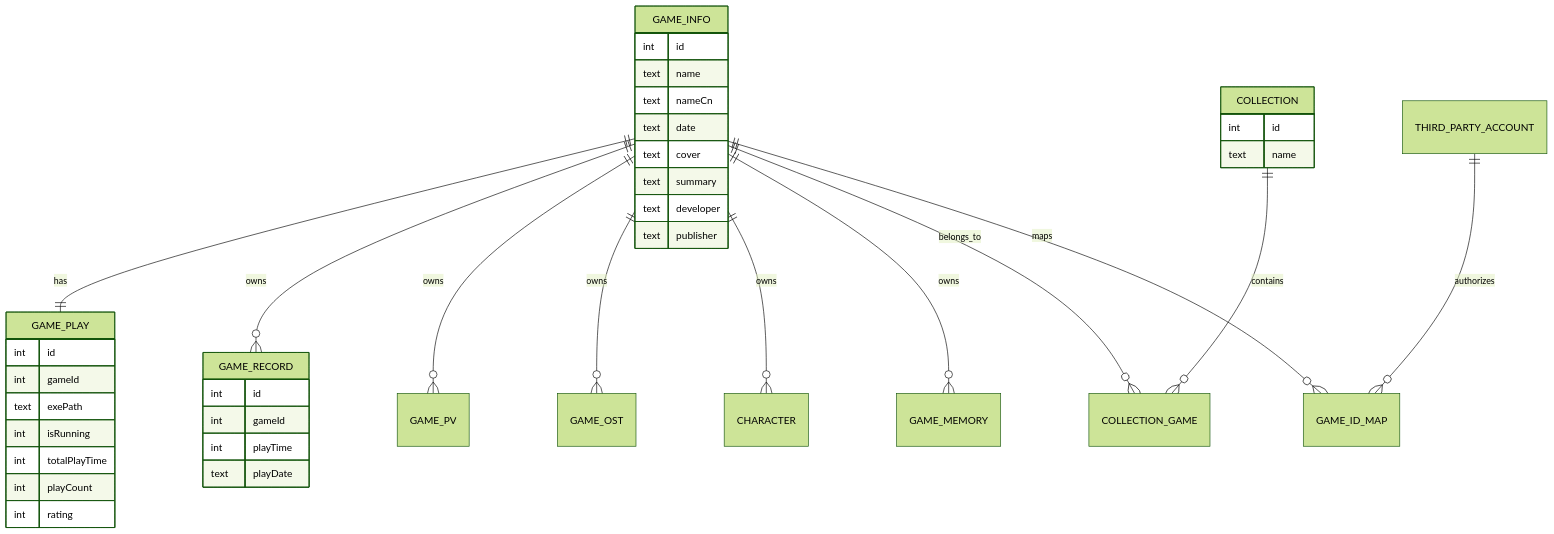
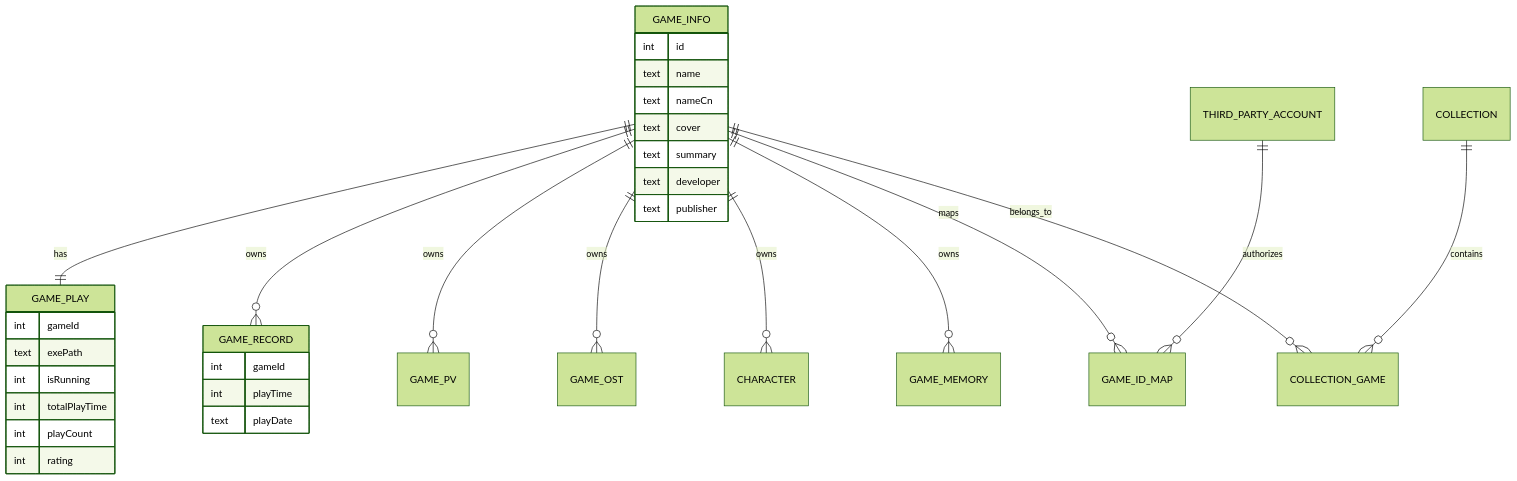
One commit to Halory-Ito/vnweb changed the eighth of 11 diagrams in 毕业设计论文.md. Above: the diagram before and after it, drawn with Mermaid (forest theme). The commit also changed other lines of this file and 47 other files, not shown here.

````diff
--- a/毕业设计论文.md
+++ b/毕业设计论文.md
@@ -193,43 +528,36 @@
 ```mermaid
 erDiagram
   GAME_INFO ||--|| GAME_PLAY : has
   GAME_INFO ||--o{ GAME_RECORD : owns
   GAME_INFO ||--o{ GAME_PV : owns
   GAME_INFO ||--o{ GAME_OST : owns
   GAME_INFO ||--o{ CHARACTER : owns
   GAME_INFO ||--o{ GAME_MEMORY : owns
+  GAME_INFO ||--o{ GAME_ID_MAP : maps
+  THIRD_PARTY_ACCOUNT ||--o{ GAME_ID_MAP : authorizes
   COLLECTION ||--o{ COLLECTION_GAME : contains
   GAME_INFO ||--o{ COLLECTION_GAME : belongs_to
-  GAME_INFO ||--o{ GAME_ID_MAP : maps
-  THIRD_PARTY_ACCOUNT ||--o{ GAME_ID_MAP : authorizes
 
   GAME_INFO {
     int id
     text name
     text nameCn
-    text date
     text cover
     text summary
     text developer
     text publisher
   }
   GAME_PLAY {
-    int id
     int gameId
     text exePath
     int isRunning
     int totalPlayTime
     int playCount
     int rating
   }
   GAME_RECORD {
-    int id
     int gameId
     int playTime
     text playDate
   }
-  COLLECTION {
-    int id
-    text name
-  }
 ```
````
